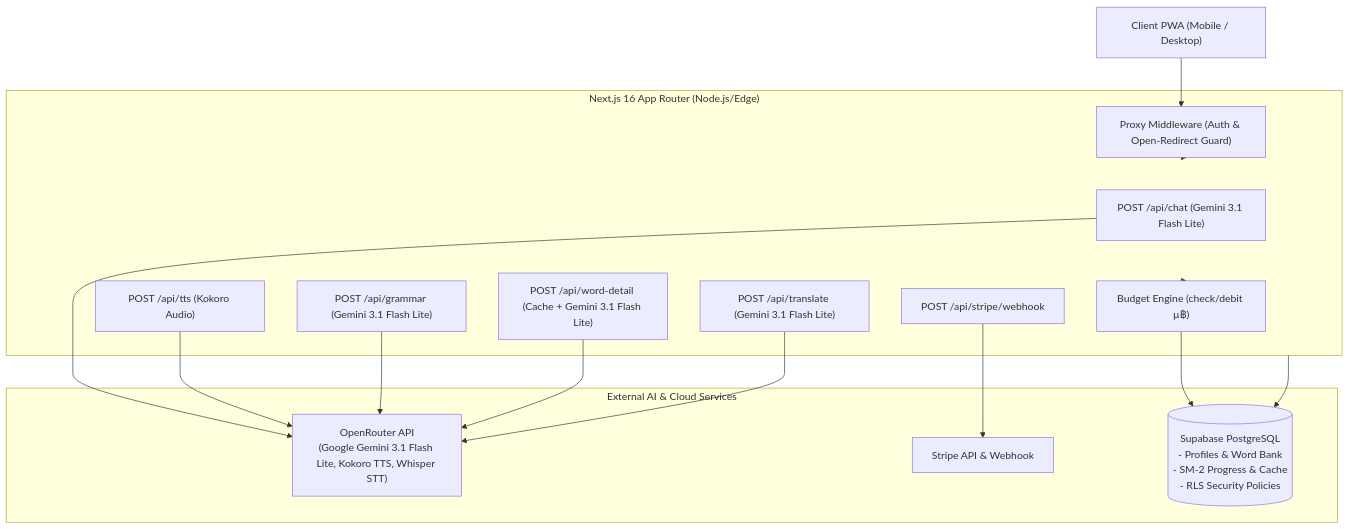
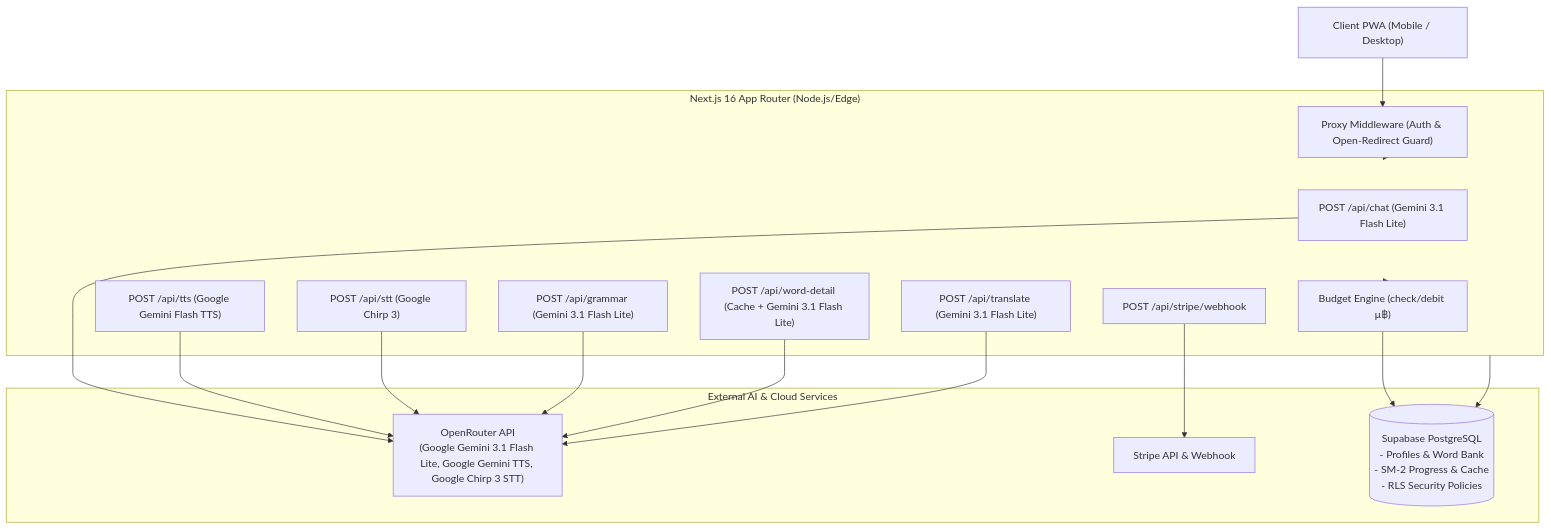
Before and after one commit to PATHAPHON/Evely-ai-project: the diagram in evelyai/README.md, drawn with Mermaid. The commit also changed other lines of this file and 35 other files, not shown here.

First line of the commit message:
feat: enhance voice chat synchronization, refresh games retry flow, and admin unlimited tier

````diff
--- a/evelyai/README.md
+++ b/evelyai/README.md
@@ -48,33 +48,35 @@
 ```mermaid
 flowchart TD
     Client["Client PWA (Mobile / Desktop)"]
     
     subgraph NextServer ["Next.js 16 App Router (Node.js/Edge)"]
         Middleware["Proxy Middleware (Auth & Open-Redirect Guard)"]
         ChatRoute["POST /api/chat (Gemini 3.1 Flash Lite)"]
         GrammarRoute["POST /api/grammar (Gemini 3.1 Flash Lite)"]
         WordRoute["POST /api/word-detail (Cache + Gemini 3.1 Flash Lite)"]
         TransRoute["POST /api/translate (Gemini 3.1 Flash Lite)"]
-        TTSRoute["POST /api/tts (Kokoro Audio)"]
+        TTSRoute["POST /api/tts (Google Gemini Flash TTS)"]
+        STTRoute["POST /api/stt (Google Chirp 3)"]
         StripeRoute["POST /api/stripe/webhook"]
         BudgetEngine["Budget Engine (check/debit µ฿)"]
     end
     
     subgraph ExternalServices ["External AI & Cloud Services"]
-        OpenRouter["OpenRouter API\n(Google Gemini 3.1 Flash Lite, Kokoro TTS, Whisper STT)"]
+        OpenRouter["OpenRouter API\n(Google Gemini 3.1 Flash Lite, Google Gemini TTS, Google Chirp 3 STT)"]
         StripeAPI["Stripe API & Webhook"]
         SupabaseDB[("Supabase PostgreSQL\n- Profiles & Word Bank\n- SM-2 Progress & Cache\n- RLS Security Policies")]
     end
     
     Client --> Middleware
     Middleware --> NextServer
     NextServer --> BudgetEngine
     BudgetEngine --> SupabaseDB
     ChatRoute --> OpenRouter
     TTSRoute --> OpenRouter
+    STTRoute --> OpenRouter
     GrammarRoute --> OpenRouter
     WordRoute --> OpenRouter
     TransRoute --> OpenRouter
     StripeRoute --> StripeAPI
     NextServer --> SupabaseDB
 ```
````
